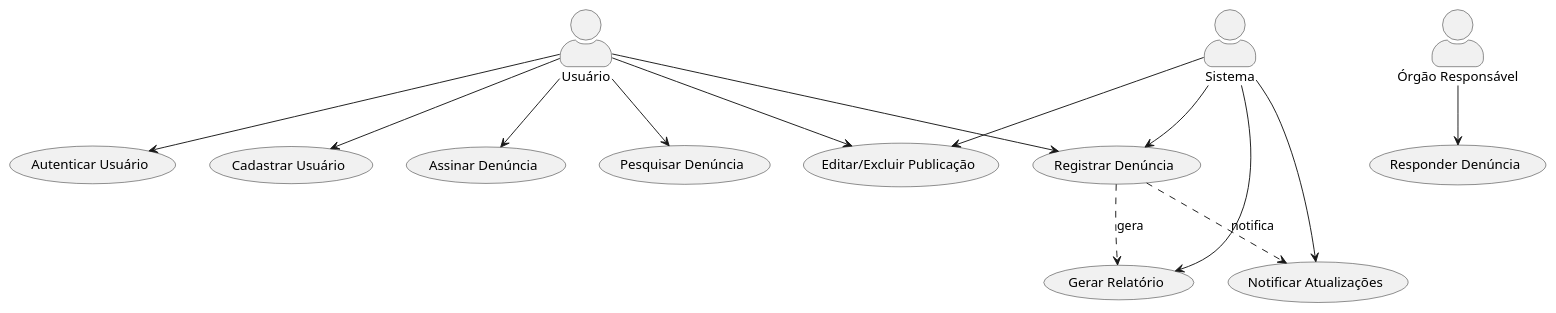
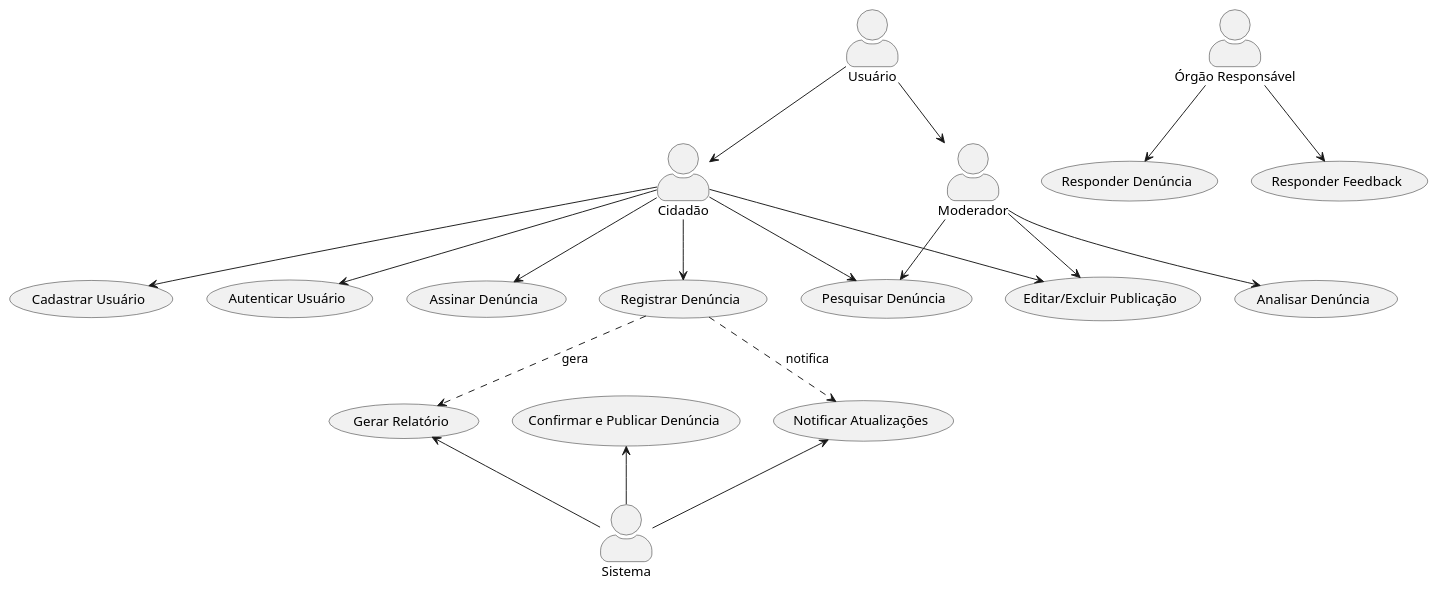
One commit to rafa-alves6/Reclama.se-AOO changed the diagram in Diagramas/uml_UseCase_Diagram.puml. Above: the diagram before and after it, drawn with PlantUML.

```diff
--- a/Diagramas/uml_UseCase_Diagram.puml
+++ b/Diagramas/uml_UseCase_Diagram.puml
@@ -1,26 +1,36 @@
 @startuml
 
 skinparam actorStyle awesome
 
 actor "Usuário" as U
 actor "Órgão Responsável" as O
 actor "Sistema" as S
+actor "Moderador" as M
+actor "Cidadão" as C
 
-U --> (Cadastrar Usuário)
-U --> (Autenticar Usuário)
-U --> (Registrar Denúncia)
-U --> (Assinar Denúncia)
-U --> (Pesquisar Denúncia)
-U --> (Editar/Excluir Publicação)
+U --> C
+U --> M
 
-S --> (Notificar Atualizações)
-S --> (Registrar Denúncia)
-S --> (Gerar Relatório)
-S --> (Editar/Excluir Publicação)
+C --> (Cadastrar Usuário)
+C --> (Autenticar Usuário)
+C --> (Registrar Denúncia)
+C --> (Assinar Denúncia)
+C --> (Pesquisar Denúncia)
+C --> (Editar/Excluir Publicação)
+
+M --> (Pesquisar Denúncia)
+M --> (Editar/Excluir Publicação)
+M --> (Analisar Denúncia)
+
+S -up-> (Notificar Atualizações)
+S -up-> (Confirmar e Publicar Denúncia)
+S -up-> (Gerar Relatório)
+
 
 O --> (Responder Denúncia)
+O --> (Responder Feedback)
 
 (Registrar Denúncia) .down.> (Gerar Relatório) : gera
 (Registrar Denúncia) .down.> (Notificar Atualizações) : notifica
 
 @enduml
```
